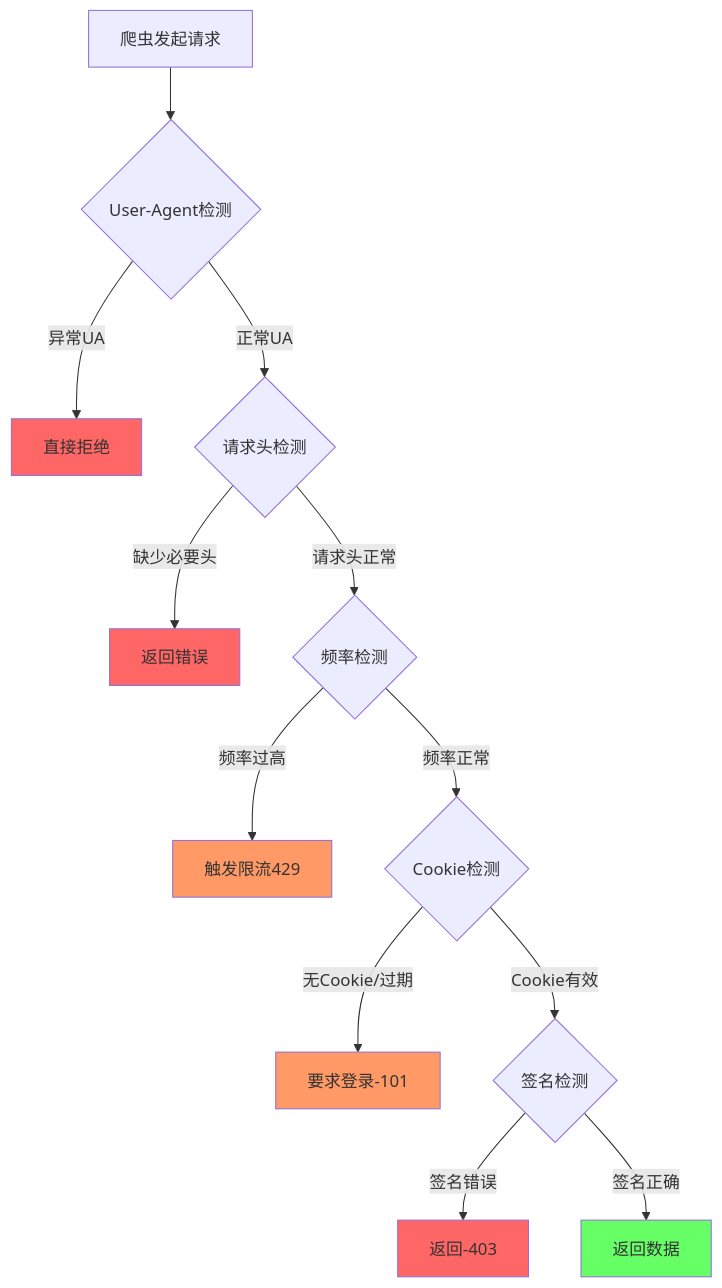
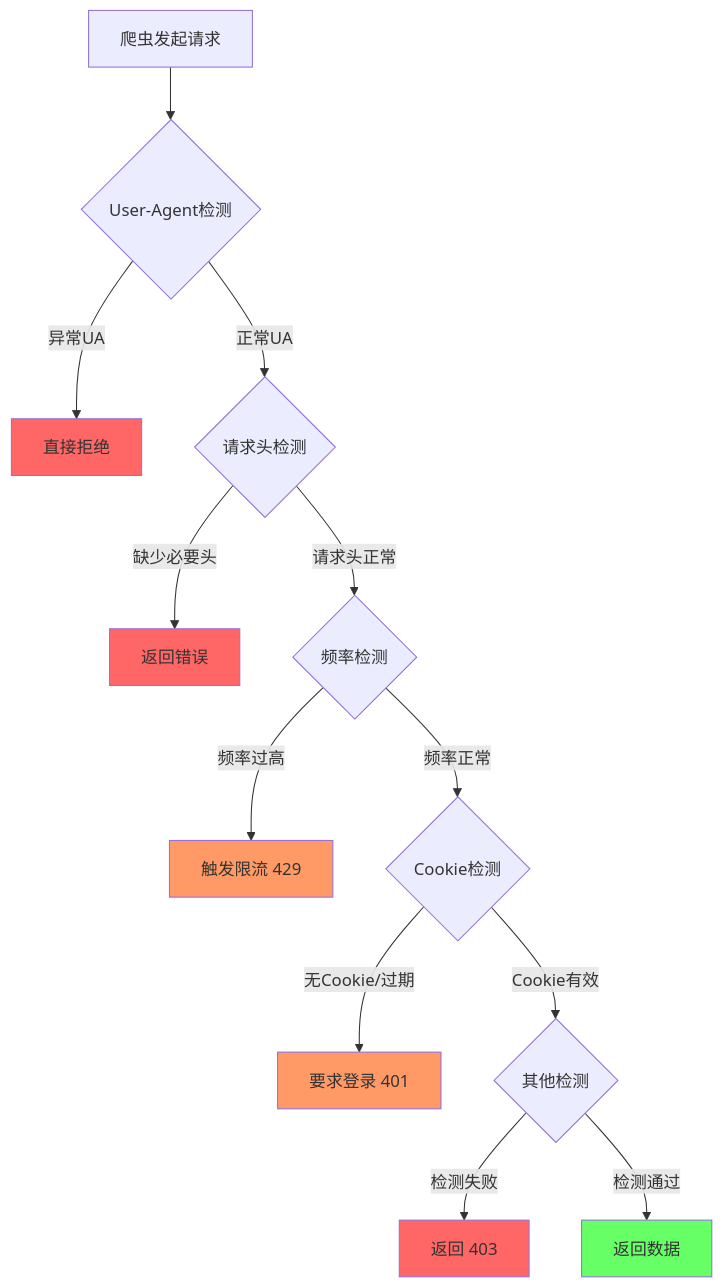
The first of 3 diagrams in docs/爬虫进价/02_反爬虫对抗基础_请求伪装.md (NanmiCoder/CrawlerTutorial), drawn with Mermaid before and after one commit. The commit also changed other lines of this file and 15 other files, not shown here.

````diff
--- a/docs/爬虫进价/02_反爬虫对抗基础_请求伪装.md
+++ b/docs/爬虫进价/02_反爬虫对抗基础_请求伪装.md
@@ -11,25 +11,25 @@
 ```mermaid
 flowchart TD
     request[爬虫发起请求] --> check1{User-Agent检测}
     check1 -->|异常UA| block1[直接拒绝]
     check1 -->|正常UA| check2{请求头检测}
 
     check2 -->|缺少必要头| block2[返回错误]
     check2 -->|请求头正常| check3{频率检测}
 
-    check3 -->|频率过高| block3[触发限流429]
+    check3 -->|频率过高| block3[触发限流 429]
     check3 -->|频率正常| check4{Cookie检测}
 
-    check4 -->|无Cookie/过期| block4[要求登录-101]
-    check4 -->|Cookie有效| check5{签名检测}
+    check4 -->|无Cookie/过期| block4[要求登录 401]
+    check4 -->|Cookie有效| check5{其他检测}
 
-    check5 -->|签名错误| block5[返回-403]
-    check5 -->|签名正确| success[返回数据]
+    check5 -->|检测失败| block5[返回 403]
+    check5 -->|检测通过| success[返回数据]
 
     style block1 fill:#f66
     style block2 fill:#f66
     style block3 fill:#f96
     style block4 fill:#f96
     style block5 fill:#f66
     style success fill:#6f6
 ```
````
